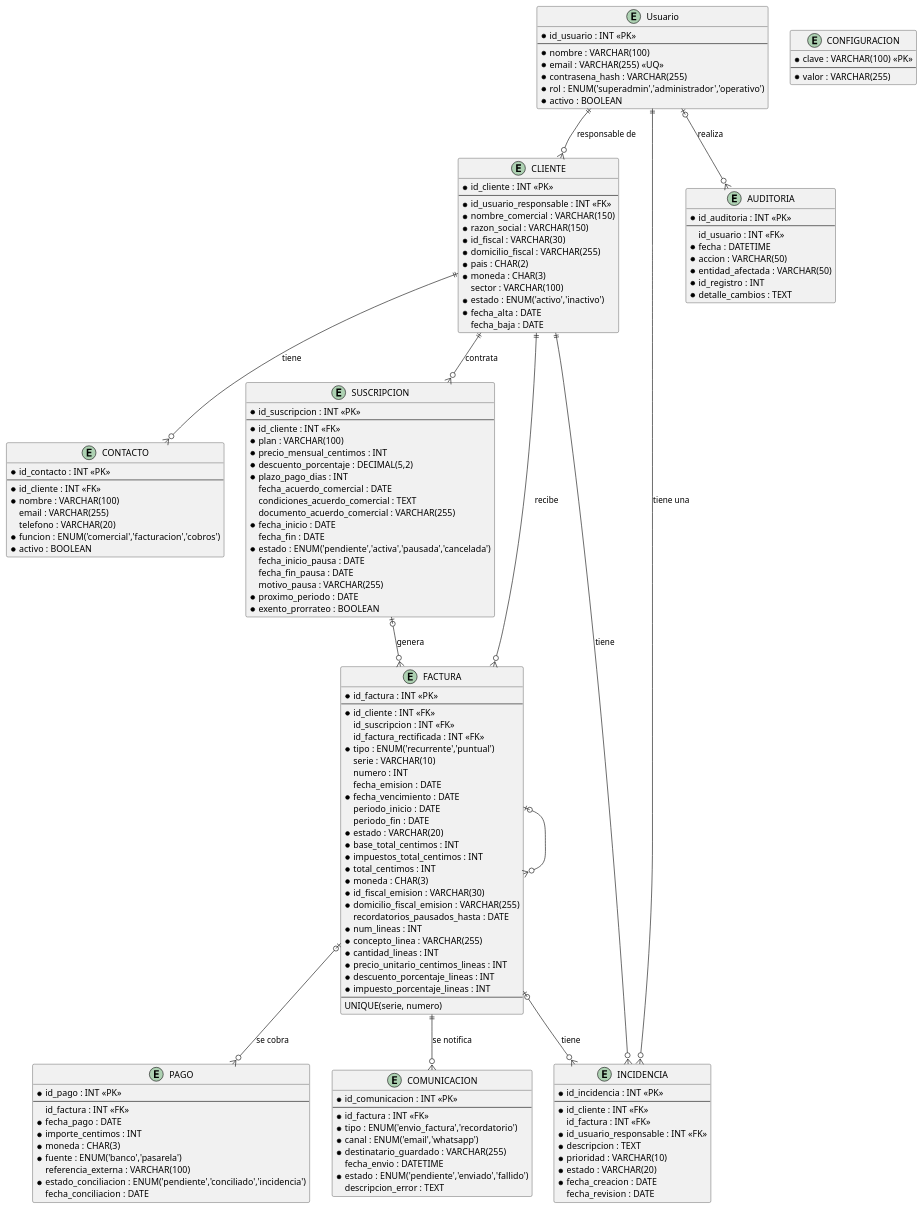
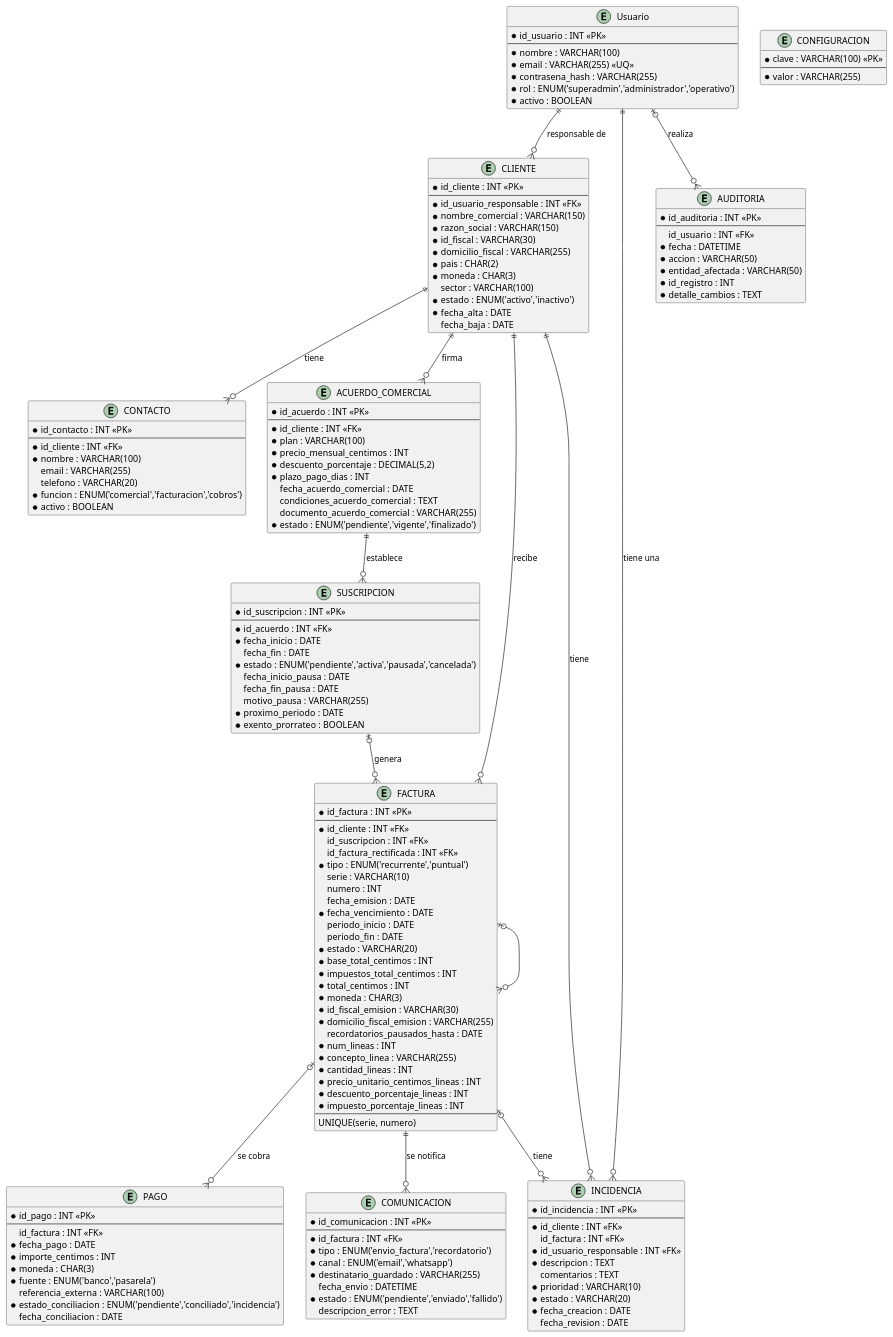
One commit to sandrardguezz/trabajo-ada changed the diagram in Diagramas/er/plantuml_er.md. Above: the diagram before and after it, drawn with PlantUML.

Commit message:
Rename 'SUSCRIPCION' to 'ACUERDO_COMERCIAL' in ER diagram
Updated the entity name from 'SUSCRIPCION' to 'ACUERDO_COMERCIAL' in the ER diagram and modified related references.

```diff
--- a/Diagramas/er/plantuml_er.md
+++ b/Diagramas/er/plantuml_er.md
@@ -38,8 +38,8 @@
   * activo : BOOLEAN
 }
 
-entity "SUSCRIPCION" as suscripcion {
-  * id_suscripcion : INT <<PK>>
+entity "ACUERDO_COMERCIAL" as acuerdo {
+  * id_acuerdo : INT <<PK>>
   --
   * id_cliente : INT <<FK>>
   * plan : VARCHAR(100)
@@ -49,6 +49,13 @@
     fecha_acuerdo_comercial : DATE
     condiciones_acuerdo_comercial : TEXT
     documento_acuerdo_comercial : VARCHAR(255)
+  * estado : ENUM('pendiente','vigente','finalizado')
+}
+
+entity "SUSCRIPCION" as suscripcion {
+  * id_suscripcion : INT <<PK>>
+  --
+  * id_acuerdo : INT <<FK>>
   * fecha_inicio : DATE
     fecha_fin : DATE
   * estado : ENUM('pendiente','activa','pausada','cancelada')
@@ -122,6 +129,7 @@
     id_factura : INT <<FK>>
   * id_usuario_responsable : INT <<FK>>
   * descripcion : TEXT
+    comentarios : TEXT
   * prioridad : VARCHAR(10)
   * estado : VARCHAR(20)
   * fecha_creacion : DATE
@@ -150,9 +158,11 @@
 usuario     |o--o{ auditoria    : "realiza"
 
 cliente     ||--o{ contacto     : "tiene"
-cliente     ||--o{ suscripcion  : "contrata"
+cliente     ||--o{ acuerdo      : "firma"
 cliente     ||--o{ factura      : "recibe"
 cliente     ||--o{ incidencia   : "tiene"
+
+acuerdo     ||--o{ suscripcion  : "establece"
 
 suscripcion |o--o{ factura      : "genera"
 
```
